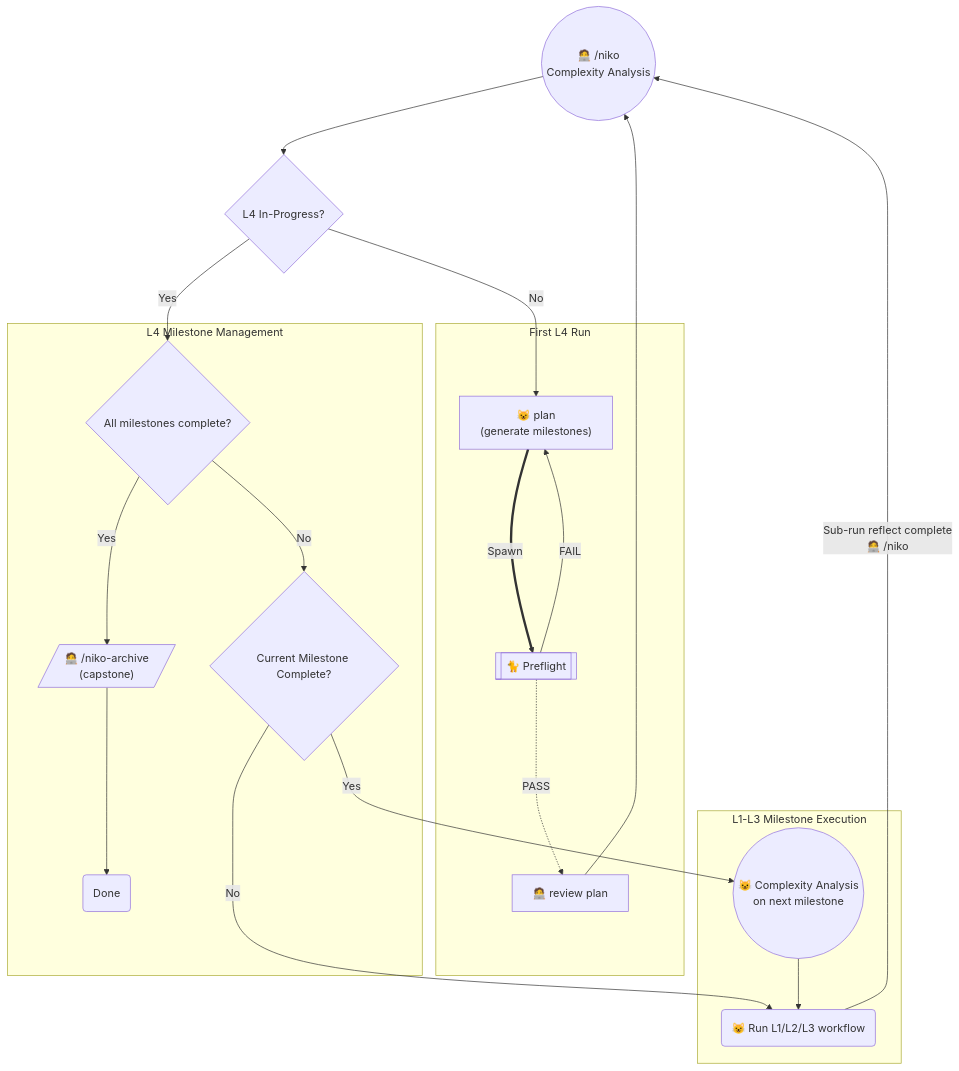
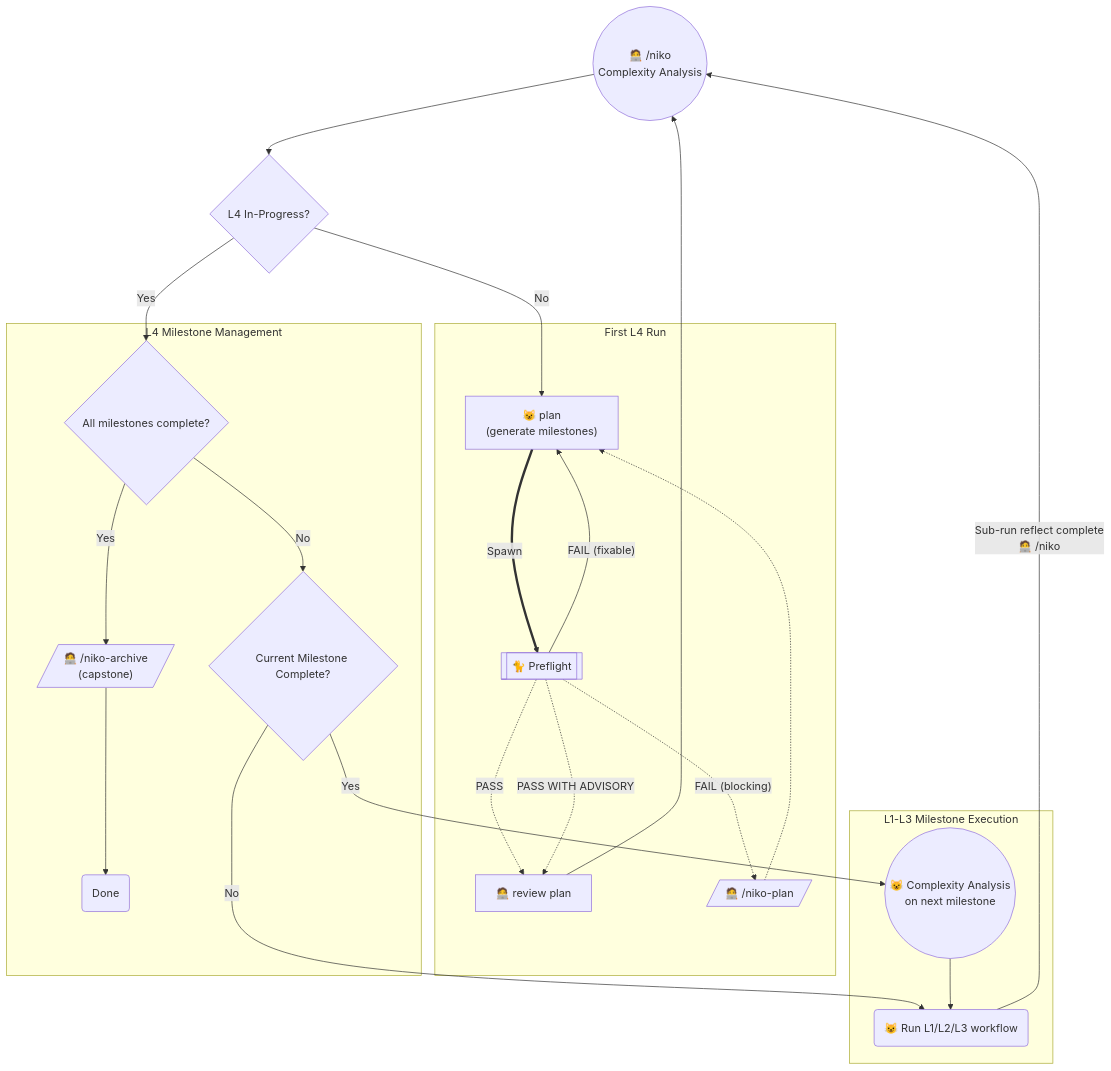
One commit to Texarkanine/.cursor-rules changed the sixth of 6 diagrams in rulesets/niko/README.md. Above: the diagram before and after it, drawn with Mermaid. The commit also changed other lines of this file and 8 other files, not shown here.

````diff
--- a/rulesets/niko/README.md
+++ b/rulesets/niko/README.md
@@ -244,43 +254,46 @@
 ```mermaid
 graph TD
 
     Start(("🧑‍💻 /niko<br>Complexity Analysis"))
     CheckIfMilestones{"L4 In-Progress?"}
 
     subgraph Init["First L4 Run"]
         NikoPlan["😺 plan<br>(generate milestones)"]
         ManualReview["🧑‍💻 review plan"]
         NikoPlan ==Spawn==> NikoPreflight[["🐈 Preflight"]]
-        NikoPreflight -->|"FAIL"| NikoPlan
         NikoPreflight -.->|"PASS"| ManualReview
+        NikoPreflight -.->|"PASS WITH ADVISORY"| ManualReview
+        NikoPreflight -->|"FAIL (fixable)"| NikoPlan
+        NikoPreflight -.->|"FAIL (blocking)"| ManualPlan[/"🧑‍💻 /niko-plan"/]
+        ManualPlan -.-> NikoPlan
     end
 
     subgraph ReEntry["L4 Milestone Management"]
         CheckMilestoneCompletion{"All milestones complete?"}
         Capstone[/"🧑‍💻 /niko-archive<br>(capstone)"/]
         Capstone -->Done("Done")
         PrevDone{"Current Milestone Complete?"}
     end
 
     subgraph SubWorkflow["L1-L3 Milestone Execution"]
         NextSub(("😺 Complexity Analysis<br>on next milestone"))
         SubRun("😺 Run L1/L2/L3 workflow")
     end
 
     Start --> CheckIfMilestones
 
     CheckIfMilestones -->|"No"| NikoPlan
 
     ManualReview --> Start
 
     CheckIfMilestones -->|"Yes"| CheckMilestoneCompletion
     CheckMilestoneCompletion -->|"Yes"| Capstone
 
     CheckMilestoneCompletion -->|"No"| PrevDone
     PrevDone --"Yes"--> NextSub
 
     PrevDone --"No"--> SubRun
 
     NextSub --> SubRun
     SubRun -->|"Sub-run reflect complete<br>🧑‍💻 /niko"| Start
 ```
````
